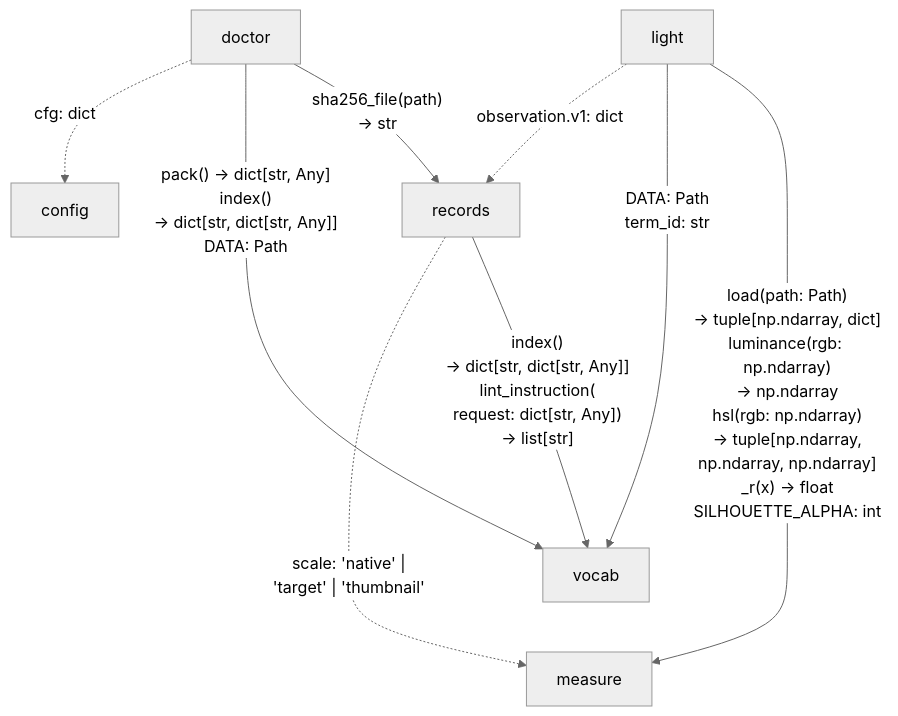
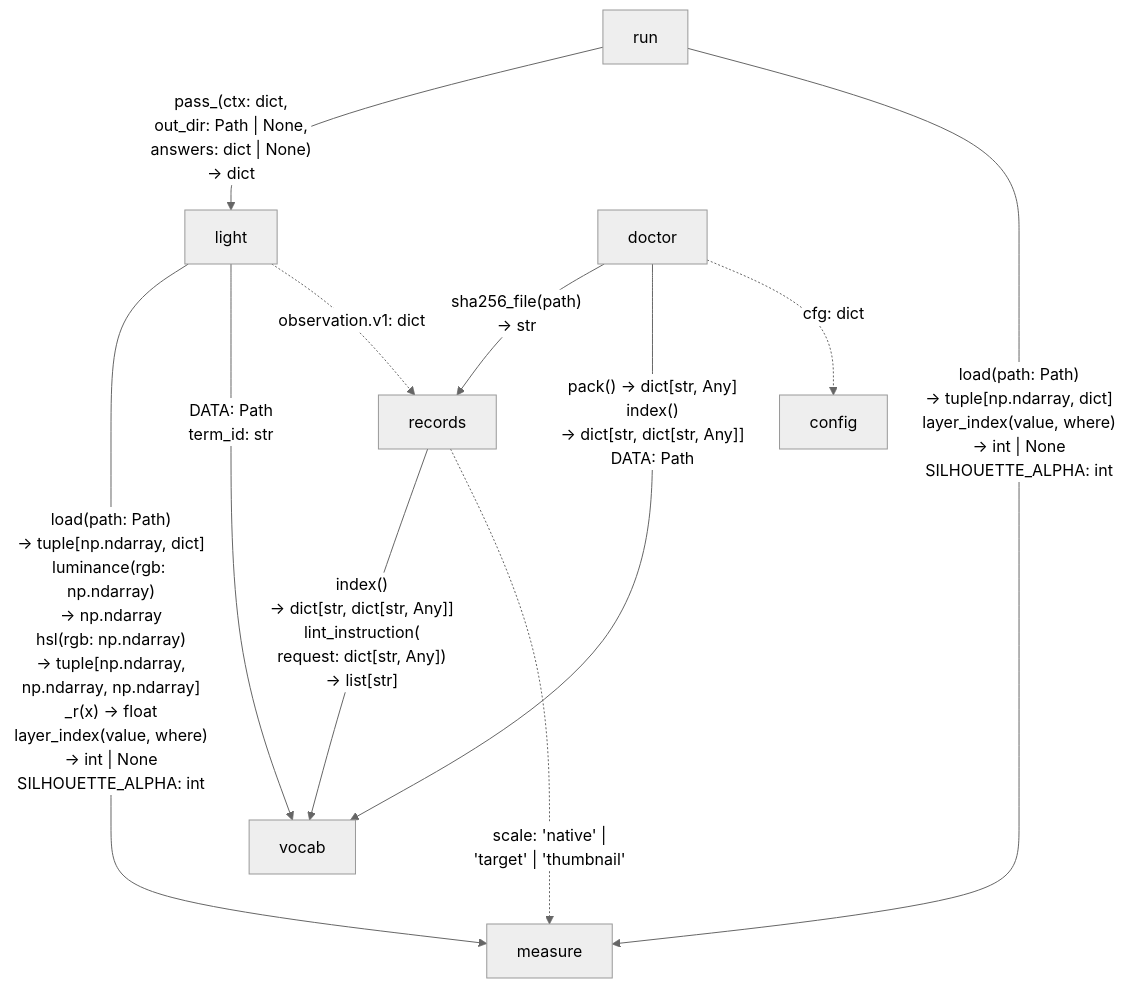
The diagram in src/asrai/README.md (Stdev17/asrai), drawn with Mermaid (neutral theme) before and after one commit. The commit also changed other lines of this file and 13 other files, not shown here.

````diff
--- a/src/asrai/README.md
+++ b/src/asrai/README.md
@@ -22,18 +23,21 @@
 ```mermaid
 flowchart TB
     CONFIG["config"]
+    RUN["run"]
     LIGHT["light"]
     DOCTOR["doctor"]
     MEASURE["measure"]
     RECORDS["records"]
     VOCAB["vocab"]
 
-    LIGHT -->|"load(path: Path)<br/>→ tuple[np.ndarray, dict]<br/>luminance(rgb: np.ndarray)<br/>→ np.ndarray<br/>hsl(rgb: np.ndarray)<br/>→ tuple[np.ndarray,<br/>np.ndarray, np.ndarray]<br/>_r(x) → float<br/>SILHOUETTE_ALPHA: int"| MEASURE
+    LIGHT -->|"load(path: Path)<br/>→ tuple[np.ndarray, dict]<br/>luminance(rgb: np.ndarray)<br/>→ np.ndarray<br/>hsl(rgb: np.ndarray)<br/>→ tuple[np.ndarray,<br/>np.ndarray, np.ndarray]<br/>_r(x) → float<br/>layer_index(value, where)<br/>→ int #124; None<br/>SILHOUETTE_ALPHA: int"| MEASURE
+    RUN -->|"pass_(ctx: dict,<br/>out_dir: Path #124; None,<br/>answers: dict #124; None)<br/>→ dict"| LIGHT
+    RUN -->|"load(path: Path)<br/>→ tuple[np.ndarray, dict]<br/>layer_index(value, where)<br/>→ int #124; None<br/>SILHOUETTE_ALPHA: int"| MEASURE
     LIGHT -->|"DATA: Path<br/>term_id: str"| VOCAB
     DOCTOR -->|"sha256_file(path)<br/>→ str"| RECORDS
     DOCTOR -->|"pack() → dict[str, Any]<br/>index()<br/>→ dict[str, dict[str, Any]]<br/>DATA: Path"| VOCAB
     RECORDS -->|"index()<br/>→ dict[str, dict[str, Any]]<br/>lint_instruction(<br/>request: dict[str, Any])<br/>→ list[str]"| VOCAB
     LIGHT -.->|"observation.v1: dict"| RECORDS
     DOCTOR -.->|"cfg: dict"| CONFIG
     RECORDS -..->|"scale: 'native' #124;<br/>'target' #124; 'thumbnail'"| MEASURE
 ```
````
